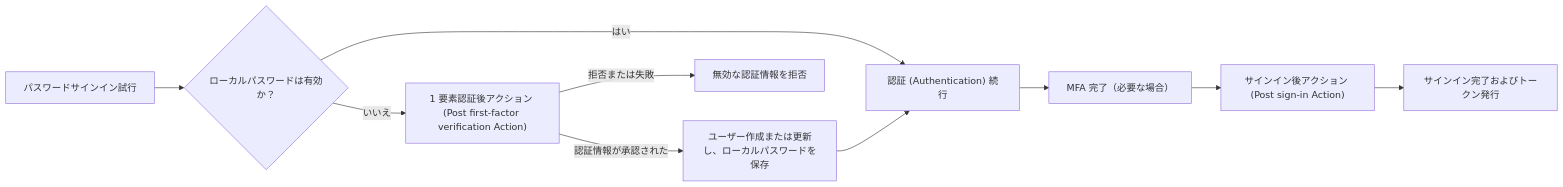
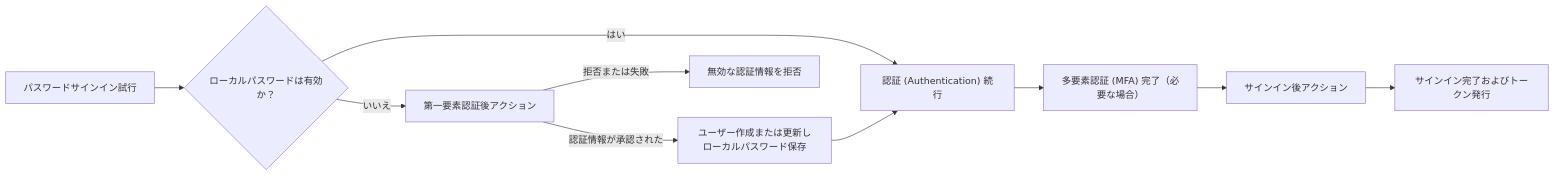
The diagram in i18n/ja/docusaurus-plugin-content-docs/current/developers/actions/README.mdx (logto-io/docs), drawn with Mermaid before and after one commit. The commit also changed other lines of this file and 17 other files, not shown here.

````diff
--- a/i18n/ja/docusaurus-plugin-content-docs/current/developers/actions/README.mdx
+++ b/i18n/ja/docusaurus-plugin-content-docs/current/developers/actions/README.mdx
@@ -29,12 +29,12 @@
 ```mermaid
 flowchart LR
   A["パスワードサインイン試行"] --> B{"ローカルパスワードは有効か？"}
   B -->|"はい"| E["認証 (Authentication) 続行"]
-  B -->|"いいえ"| C["1 要素認証後アクション (Post first-factor verification Action)"]
-  C -->|"認証情報が承認された"| D["ユーザー作成または更新し、ローカルパスワードを保存"]
+  B -->|"いいえ"| C["第一要素認証後アクション"]
+  C -->|"認証情報が承認された"| D["ユーザー作成または更新しローカルパスワード保存"]
   C -->|"拒否または失敗"| X["無効な認証情報を拒否"]
   D --> E
-  E --> F["MFA 完了（必要な場合）"]
-  F --> G["サインイン後アクション (Post sign-in Action)"]
+  E --> F["多要素認証 (MFA) 完了（必要な場合）"]
+  F --> G["サインイン後アクション"]
   G --> H["サインイン完了およびトークン発行"]
 ```
````
